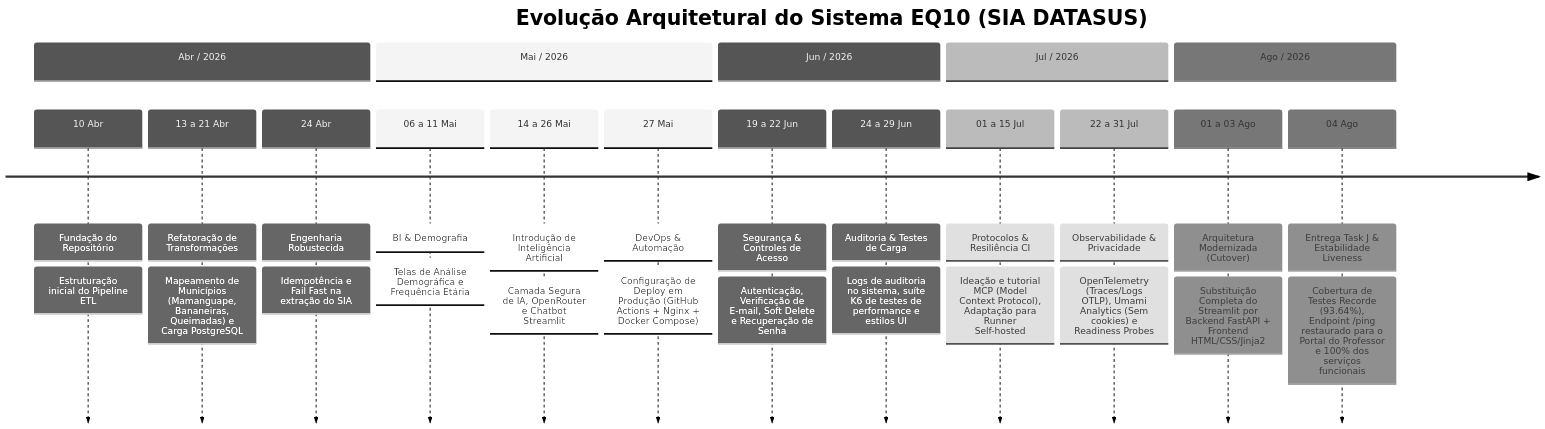
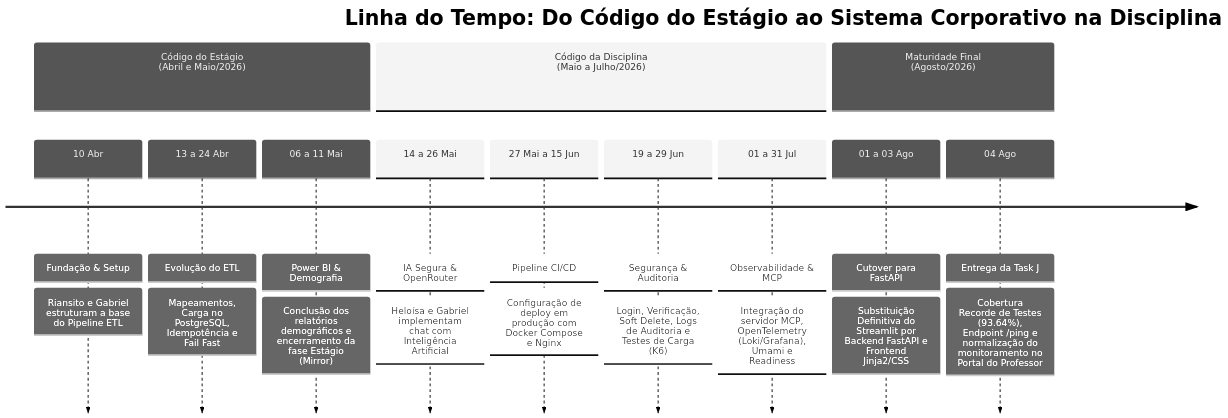
Before and after one commit to Des-Sist-Corp-UFPB/projeto-eq10: the diagram in registro.md, drawn with Mermaid (neutral theme). The commit also changed other lines of this file, not shown here.

Commit message:
docs: atualiza registro.md reestruturando commits por Estagio vs Disciplina e detalhando mirror do Riansito

````diff
--- a/registro.md
+++ b/registro.md
@@ -288,21 +297,16 @@
 ```mermaid
 timeline
-    title Evolução Arquitetural do Sistema EQ10 (SIA DATASUS)
-    section Abr / 2026
-        10 Abr : Fundação do Repositório : Estruturação inicial do Pipeline ETL
-        13 a 21 Abr : Refatoração de Transformações : Mapeamento de Municípios (Mamanguape, Bananeiras, Queimadas) e Carga PostgreSQL
-        24 Abr : Engenharia Robustecida : Idempotência e Fail Fast na extração do SIA
-    section Mai / 2026
-        06 a 11 Mai : BI & Demografia : Telas de Análise Demográfica e Frequência Etária
-        14 a 26 Mai : Introdução de Inteligência Artificial : Camada Segura de IA, OpenRouter e Chatbot Streamlit
-        27 Mai : DevOps & Automação : Configuração de Deploy em Produção (GitHub Actions + Nginx + Docker Compose)
-    section Jun / 2026
-        19 a 22 Jun : Segurança & Controles de Acesso : Autenticação, Verificação de E-mail, Soft Delete e Recuperação de Senha
-        24 a 29 Jun : Auditoria & Testes de Carga : Logs de auditoria no sistema, suíte K6 de testes de performance e estilos UI
-    section Jul / 2026
-        01 a 15 Jul : Protocolos & Resiliência CI : Ideação e tutorial MCP (Model Context Protocol), Adaptação para Runner Self-hosted
-        22 a 31 Jul : Observabilidade & Privacidade : OpenTelemetry (Traces/Logs OTLP), Umami Analytics (Sem cookies) e Readiness Probes
-    section Ago / 2026
-        01 a 03 Ago : Arquitetura Modernizada (Cutover) : Substituição Completa do Streamlit por Backend FastAPI + Frontend HTML/CSS/Jinja2
-        04 Ago : Entrega Task J & Estabilidade Liveness : Cobertura de Testes Recorde (93.64%), Endpoint /ping restaurado para o Portal do Professor e 100% dos serviços funcionais
+    title Linha do Tempo: Do Código do Estágio ao Sistema Corporativo na Disciplina
+    section Código do Estágio<br>(Abril e Maio/2026)
+        10 Abr : Fundação & Setup : Riansito e Gabriel estruturam a base do Pipeline ETL
+        13 a 24 Abr : Evolução do ETL : Mapeamentos, Carga no PostgreSQL, Idempotência e Fail Fast
+        06 a 11 Mai : Power BI & Demografia : Conclusão dos relatórios demográficos e encerramento da fase Estágio (Mirror)
+    section Código da Disciplina<br>(Maio a Julho/2026)
+        14 a 26 Mai : IA Segura & OpenRouter : Heloísa e Gabriel implementam chat com Inteligência Artificial
+        27 Mai a 15 Jun : Pipeline CI/CD : Configuração de deploy em produção com Docker Compose e Nginx
+        19 a 29 Jun : Segurança & Auditoria : Login, Verificação, Soft Delete, Logs de Auditoria e Testes de Carga (K6)
+        01 a 31 Jul : Observabilidade & MCP : Integração do servidor MCP, OpenTelemetry (Loki/Grafana), Umami e Readiness
+    section Maturidade Final<br>(Agosto/2026)
+        01 a 03 Ago : Cutover para FastAPI : Substituição Definitiva do Streamlit por Backend FastAPI e Frontend Jinja2/CSS
+        04 Ago : Entrega da Task J : Cobertura Recorde de Testes (93.64%), Endpoint /ping e normalização do monitoramento no Portal do Professor
 ```
````
